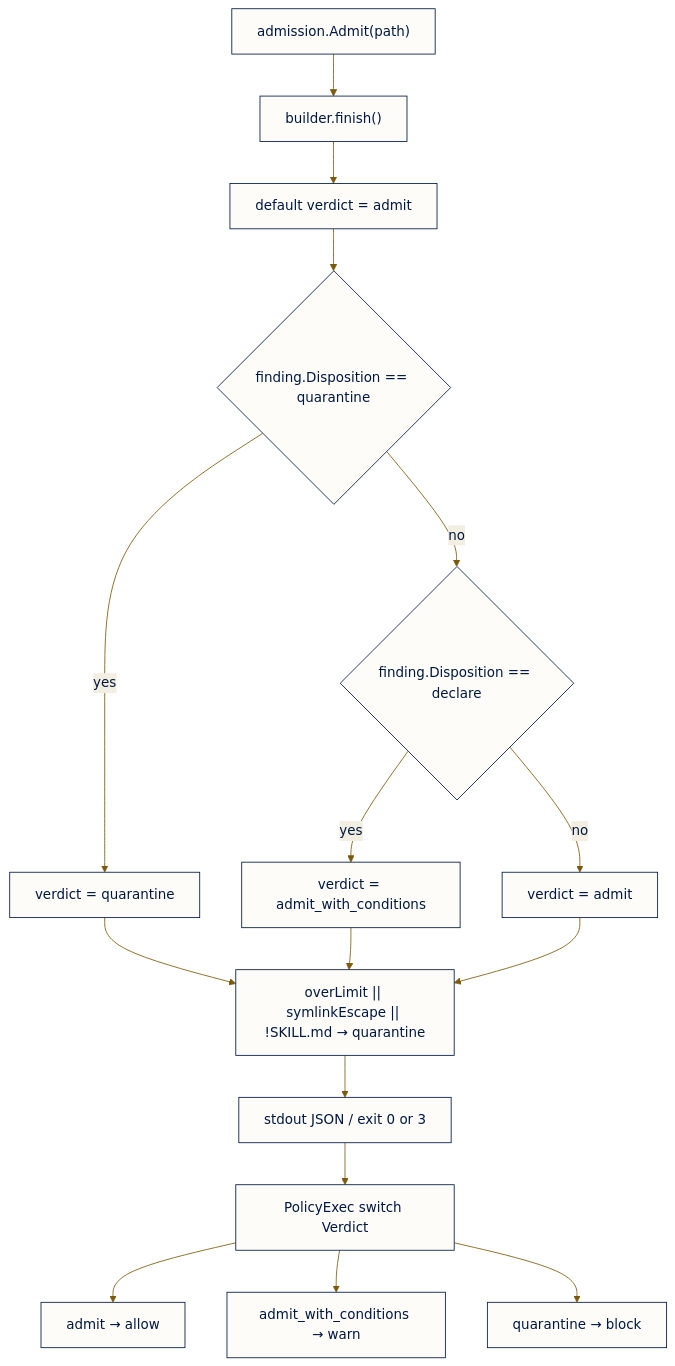
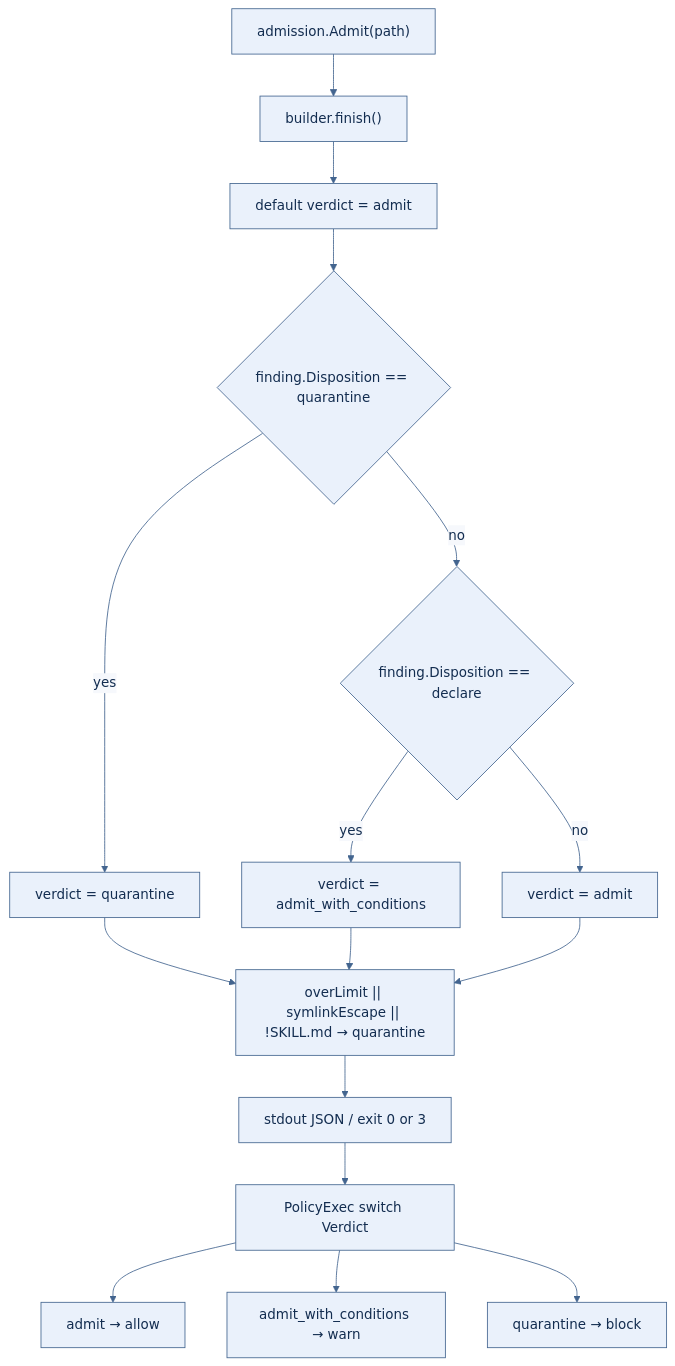
One commit to maoyadongsh/siq-agent-security changed the diagram in site/diagrams/admission.mmd. Above: the diagram before and after it, drawn with Mermaid. The commit also changed 16 other files, not shown here.

```diff
--- a/site/diagrams/admission.mmd
+++ b/site/diagrams/admission.mmd
@@ -1,25 +1,25 @@
 %%{init: {'theme': 'base', 'themeVariables': {
-  'primaryColor': '#fdfcf9',
-  'primaryTextColor': '#001840',
-  'primaryBorderColor': '#001840',
-  'lineColor': '#7c5a0c',
-  'secondaryColor': '#f3eee2',
-  'tertiaryColor': '#f7f4ee',
+  'primaryColor': '#eaf1fb',
+  'primaryTextColor': '#132d50',
+  'primaryBorderColor': '#43658f',
+  'lineColor': '#43658f',
+  'secondaryColor': '#f6f8fc',
+  'tertiaryColor': '#ffffff',
   'fontFamily': 'ui-sans-serif, system-ui, sans-serif'
 }}}%%
 flowchart TD
   start["admission.Admit(path)"] --> finish["builder.finish()"]
   finish --> def["default verdict = admit"]
   def --> q{"finding.Disposition == quarantine"}
   q -->|yes| quar["verdict = quarantine"]
   q -->|no| d{"finding.Disposition == declare"}
   d -->|yes| cond["verdict = admit_with_conditions"]
   d -->|no| ok["verdict = admit"]
   quar --> force["overLimit || symlinkEscape || !SKILL.md → quarantine"]
   cond --> force
   ok --> force
   force --> out["stdout JSON / exit 0 or 3"]
   out --> pe["PolicyExec switch Verdict"]
   pe --> p_admit["admit → allow"]
   pe --> p_admit_with_conditions["admit_with_conditions → warn"]
   pe --> p_quarantine["quarantine → block"]
```
